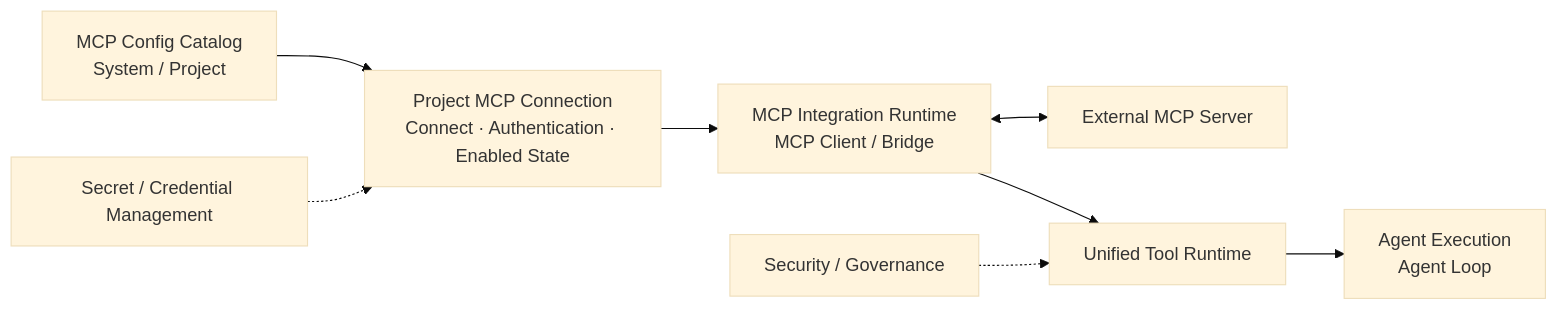
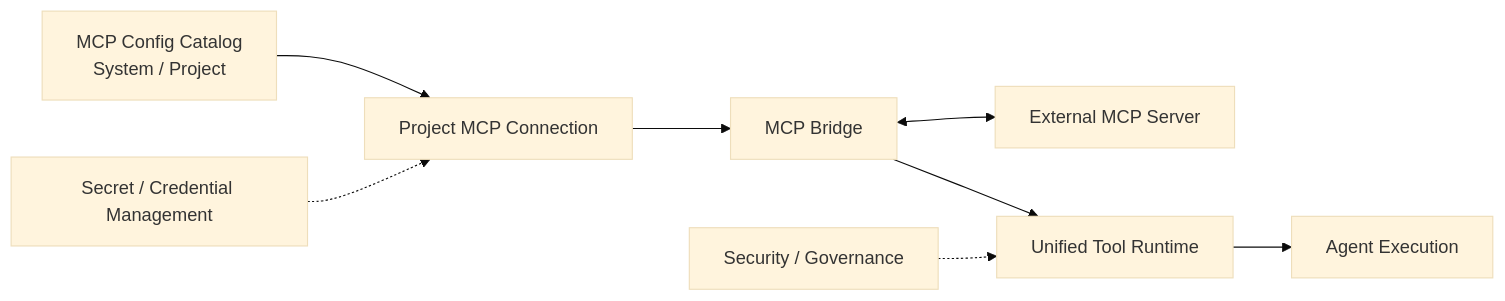
The first of 4 diagrams in docs/architecture/mcp-integration.md (LunaDeerTech/agenteam), drawn with Mermaid (base theme) before and after one commit. The commit also changed other lines of this file and 13 other files, not shown here.

Commit message:
docs: refine MCP integration and artifact architecture

```diff
--- a/docs/architecture/mcp-integration.md
+++ b/docs/architecture/mcp-integration.md
@@ -11,20 +11,20 @@
 ~~~mermaid
 flowchart LR
     Catalog["MCP Config Catalog<br/>System / Project"]
-    Connection["Project MCP Connection<br/>Connect · Authentication · Enabled State"]
-    Bridge["MCP Integration Runtime<br/>MCP Client / Bridge"]
+    Connection["Project MCP Connection"]
+    Bridge["MCP Bridge"]
     Tools["Unified Tool Runtime"]
-    Execution["Agent Execution<br/>Agent Loop"]
+    Execution["Agent Execution"]
     Server["External MCP Server"]
     Secrets["Secret / Credential Management"]
     Governance["Security / Governance"]
 
     Catalog --> Connection
     Connection --> Bridge
     Bridge <--> Server
     Bridge --> Tools
     Tools --> Execution
 
     Secrets -.-> Connection
     Governance -.-> Tools
 ~~~
```
